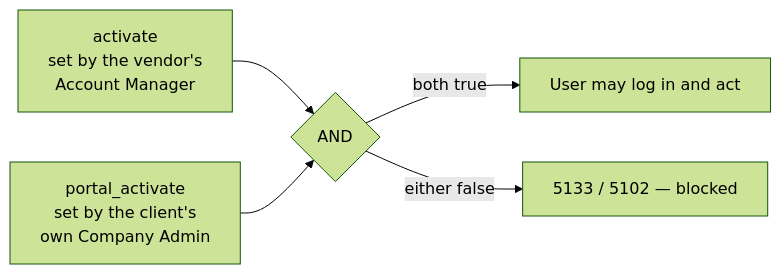
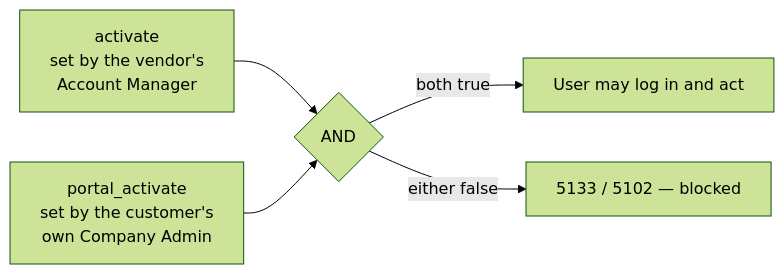
Before and after one commit to LaplaceSoftware/lp_projects_docs: the fifth of 8 diagrams in docs/b2b_ecommerce_docs/_technical_docs/007-Authentication-and-Authorization.md, drawn with Mermaid (forest theme). The commit also changed other lines of this file and 48 other files, not shown here.

````diff
--- a/docs/b2b_ecommerce_docs/_technical_docs/007-Authentication-and-Authorization.md
+++ b/docs/b2b_ecommerce_docs/_technical_docs/007-Authentication-and-Authorization.md
@@ -128,7 +128,7 @@
 ```mermaid
 flowchart LR
     A["activate<br/>set by the vendor's<br/>Account Manager"] --> AND{"AND"}
-    B["portal_activate<br/>set by the client's<br/>own Company Admin"] --> AND
+    B["portal_activate<br/>set by the customer's<br/>own Company Admin"] --> AND
     AND -->|both true| OK["User may log in and act"]
     AND -->|either false| NO["5133 / 5102 — blocked"]
 ```
````
